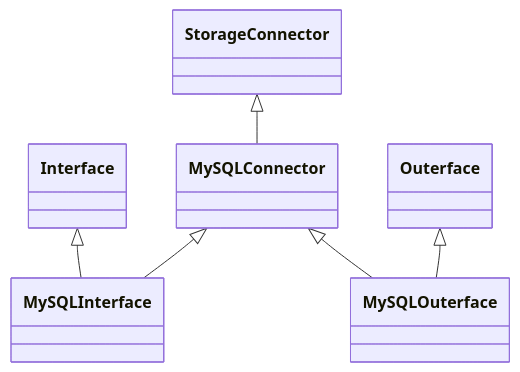
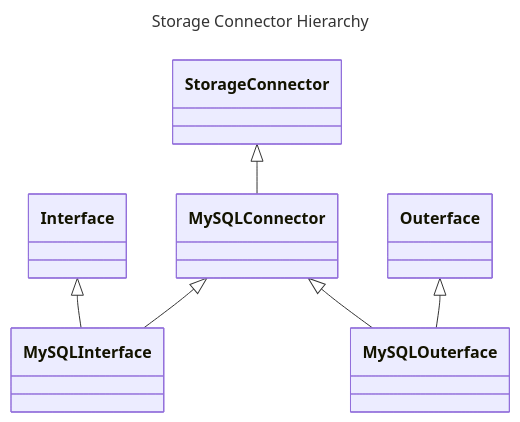
The diagram in src/04_core-architecture/common/connectors_and_interfaces.md (opengamedata/ogd-doc), drawn with Mermaid before and after one commit.

Commit message:
Add title to class diagram.

````diff
--- a/src/04_core-architecture/common/connectors_and_interfaces.md
+++ b/src/04_core-architecture/common/connectors_and_interfaces.md
@@ -7,8 +7,11 @@
 ```{mermaid}
+---
+title: Storage Connector Hierarchy
+---
 classDiagram
 StorageConnector <|-- MySQLConnector
 Interface <|-- MySQLInterface
 MySQLConnector <|-- MySQLInterface
 MySQLConnector <|-- MySQLOuterface
 Outerface <|-- MySQLOuterface
 ```
````
